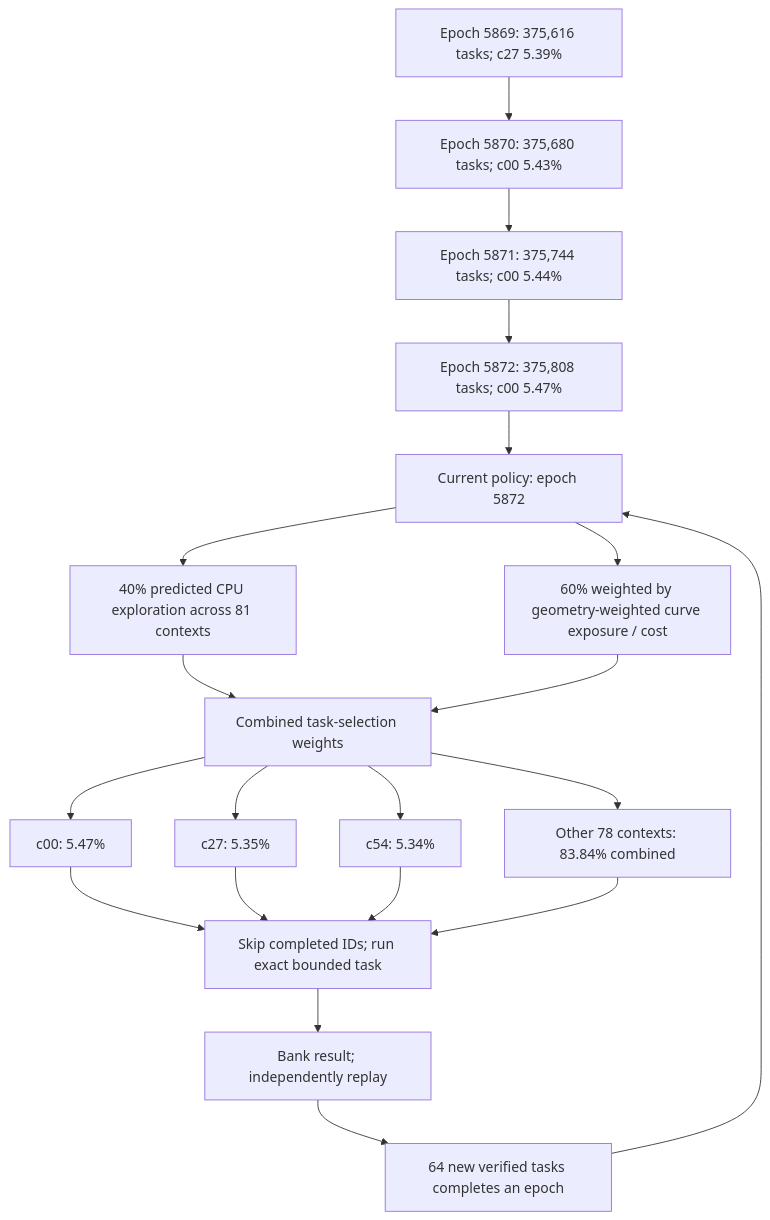
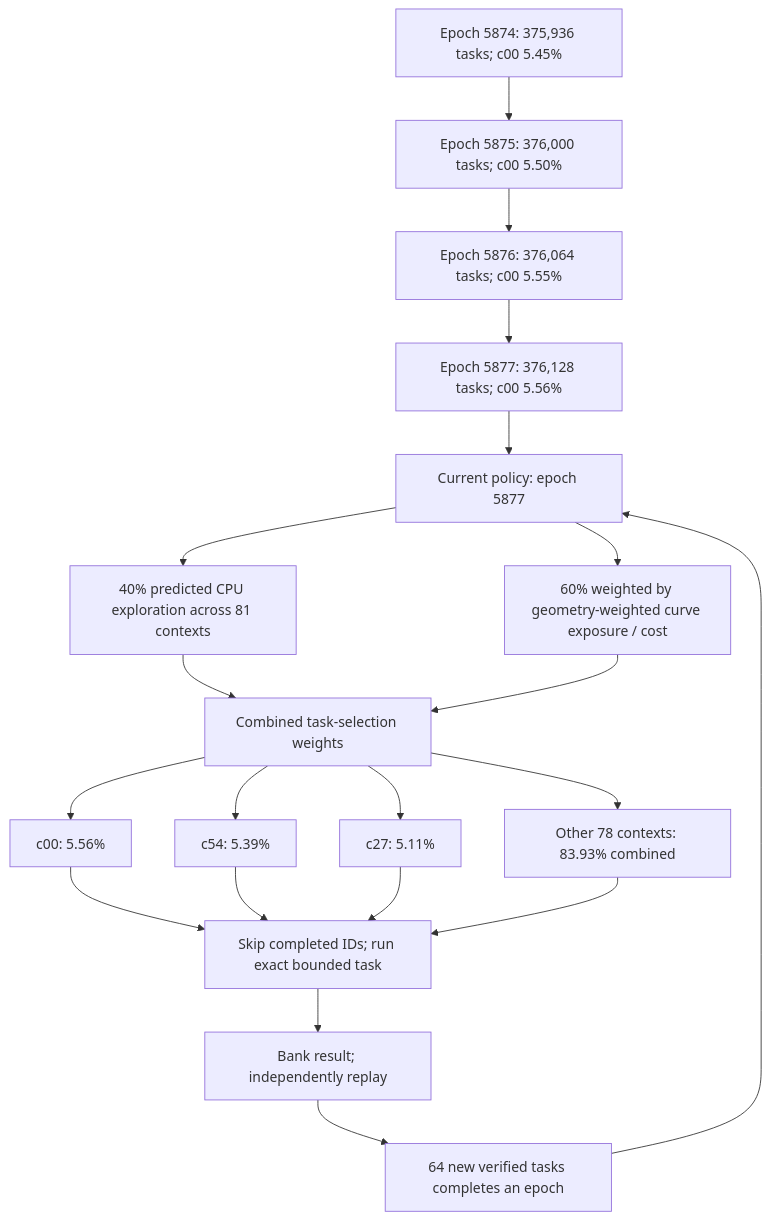
The first of 3 diagrams in README.md (Kuberwastaken/math-gambling), drawn with Mermaid before and after one commit. The commit also changed other lines of this file and 1809 other files, not shown here.

````diff
--- a/README.md
+++ b/README.md
@@ -60,27 +60,27 @@
 ```mermaid
 flowchart TD
-    H0["Epoch 5869: 375,616 tasks; c27 5.39%"]
-    H1["Epoch 5870: 375,680 tasks; c00 5.43%"]
+    H0["Epoch 5874: 375,936 tasks; c00 5.45%"]
+    H1["Epoch 5875: 376,000 tasks; c00 5.50%"]
     H0 --> H1
-    H2["Epoch 5871: 375,744 tasks; c00 5.44%"]
+    H2["Epoch 5876: 376,064 tasks; c00 5.55%"]
     H1 --> H2
-    H3["Epoch 5872: 375,808 tasks; c00 5.47%"]
+    H3["Epoch 5877: 376,128 tasks; c00 5.56%"]
     H2 --> H3
-    Policy["Current policy: epoch 5872"]
+    Policy["Current policy: epoch 5877"]
     H3 --> Policy
     Policy --> Explore["40% predicted CPU exploration across 81 contexts"]
     Policy --> Cost["60% weighted by geometry-weighted curve exposure / cost"]
     Explore --> Mix["Combined task-selection weights"]
     Cost --> Mix
-    Mix --> C0["c00: 5.47%"]
-    Mix --> C1["c27: 5.35%"]
-    Mix --> C2["c54: 5.34%"]
-    Mix --> Rest["Other 78 contexts: 83.84% combined"]
+    Mix --> C0["c00: 5.56%"]
+    Mix --> C1["c54: 5.39%"]
+    Mix --> C2["c27: 5.11%"]
+    Mix --> Rest["Other 78 contexts: 83.93% combined"]
     C0 --> Check["Skip completed IDs; run exact bounded task"]
     C1 --> Check
     C2 --> Check
     Rest --> Check
     Check --> Replay["Bank result; independently replay"]
     Replay --> Gate["64 new verified tasks completes an epoch"]
     Gate --> Policy
 ```
````
